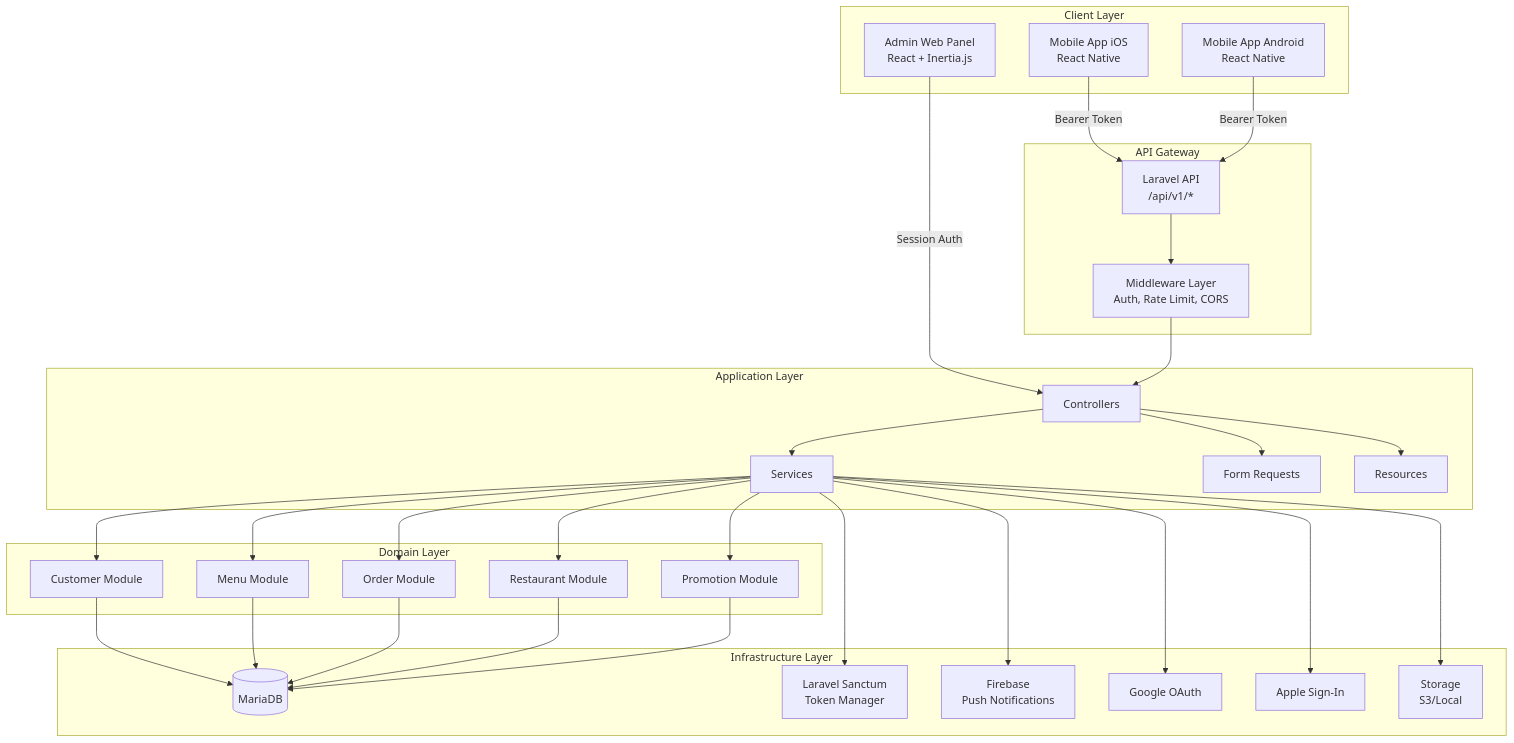
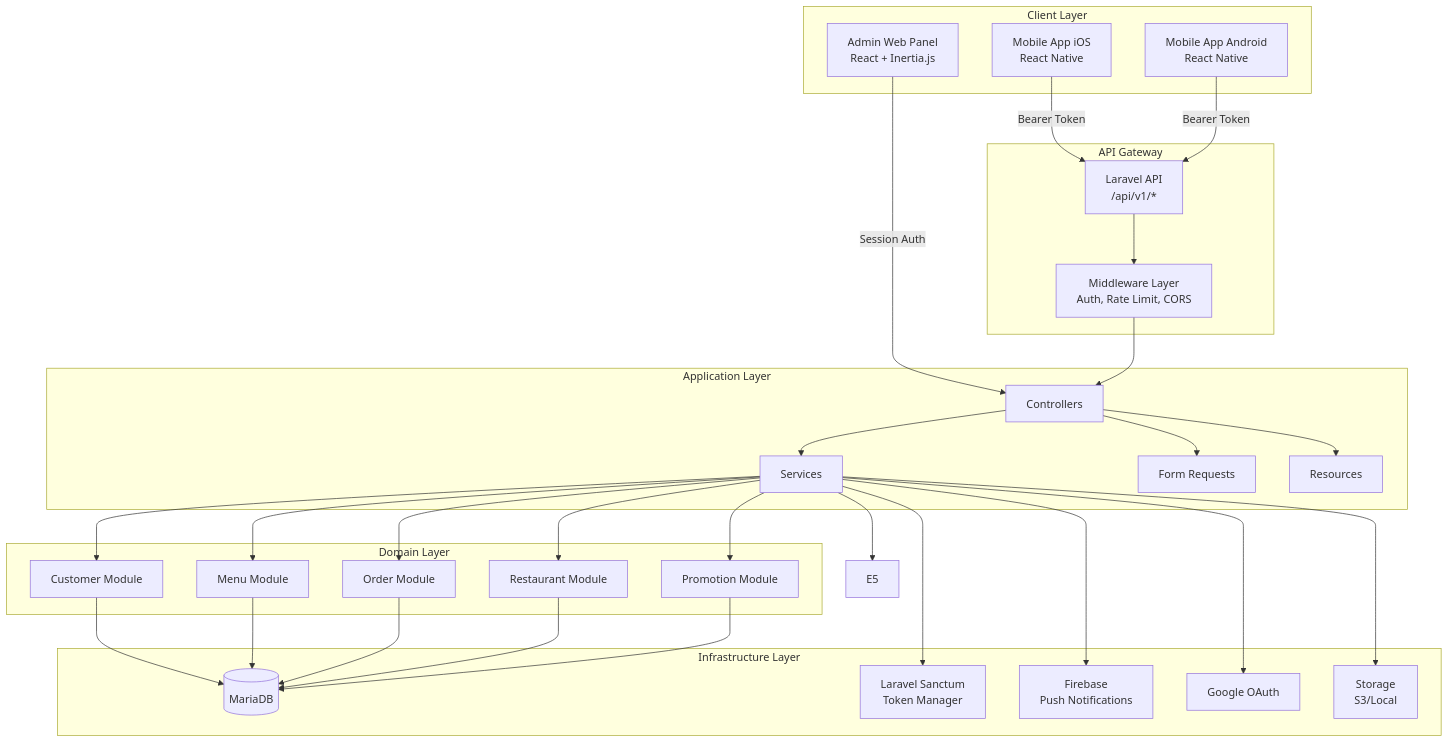
Before and after one commit to Diego-Landony/AdminPanel: the first of 9 diagrams in docs/ARCHITECTURE.md, drawn with Mermaid. The commit also changed other lines of this file and 21 other files, not shown here.

````diff
--- a/docs/ARCHITECTURE.md
+++ b/docs/ARCHITECTURE.md
@@ -58,66 +58,65 @@
 ```mermaid
 graph TB
     subgraph "Client Layer"
         A1[Admin Web Panel<br/>React + Inertia.js]
         A2[Mobile App iOS<br/>React Native]
         A3[Mobile App Android<br/>React Native]
     end
 
     subgraph "API Gateway"
         B1[Laravel API<br/>/api/v1/*]
         B2[Middleware Layer<br/>Auth, Rate Limit, CORS]
     end
 
     subgraph "Application Layer"
         C1[Controllers]
         C2[Services]
         C3[Form Requests]
         C4[Resources]
     end
 
     subgraph "Domain Layer"
         D1[Customer Module]
         D2[Menu Module]
         D3[Order Module]
         D4[Restaurant Module]
         D5[Promotion Module]
     end
 
     subgraph "Infrastructure Layer"
         E1[(MariaDB)]
         E2[Laravel Sanctum<br/>Token Manager]
         E3[Firebase<br/>Push Notifications]
         E4[Google OAuth]
-        E5[Apple Sign-In]
         E6[Storage<br/>S3/Local]
     end
 
     A1 -->|Session Auth| C1
     A2 -->|Bearer Token| B1
     A3 -->|Bearer Token| B1
 
     B1 --> B2
     B2 --> C1
 
     C1 --> C2
     C1 --> C3
     C1 --> C4
 
     C2 --> D1
     C2 --> D2
     C2 --> D3
     C2 --> D4
     C2 --> D5
 
     D1 --> E1
     D2 --> E1
     D3 --> E1
     D4 --> E1
     D5 --> E1
 
     C2 --> E2
     C2 --> E3
     C2 --> E4
     C2 --> E5
     C2 --> E6
 ```
````
